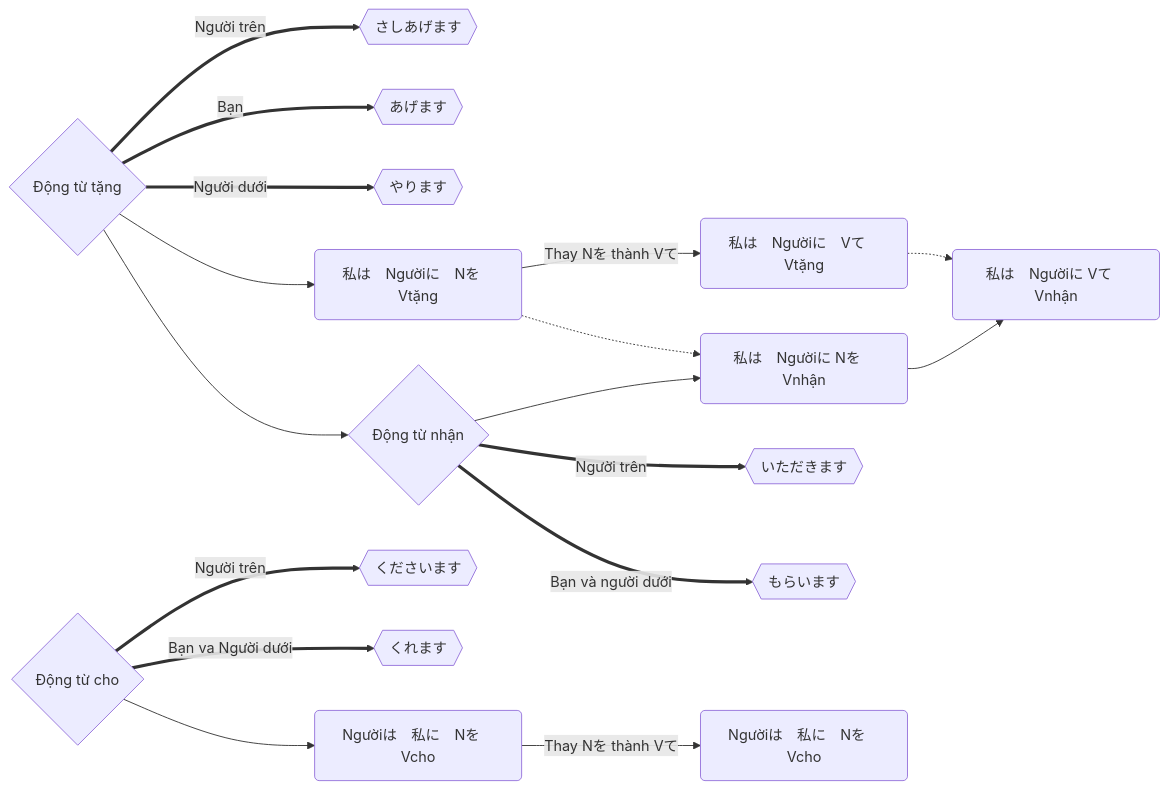
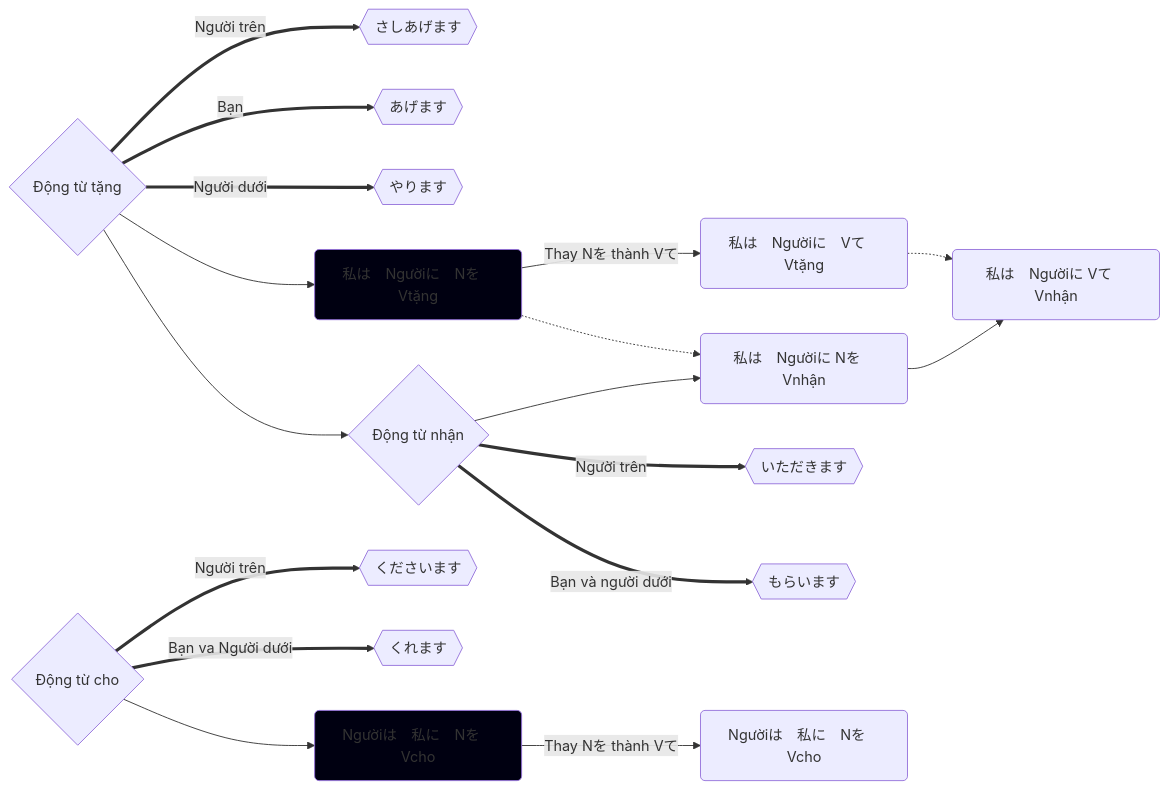
The diagram in Dong_Tu_Cho_Tang.md (tea1504/learn), drawn with Mermaid before and after one commit. The commit also changed 18 other files, not shown here.

````diff
--- a/Dong_Tu_Cho_Tang.md
+++ b/Dong_Tu_Cho_Tang.md
@@ -1,25 +1,28 @@
 ```mermaid
 graph LR;
 	Vt{Động từ tặng}
 	Vc{Động từ cho}
 
 	Vt==>|Người trên|bieuT{{さしあげます}}
 	Vt==>|Bạn|tangT{{あげます}}
 	Vt==>|Người dưới|choT{{やります}}
 
 	Vc==>|Người trên|bieuN{{くださいます}}
 	Vc==>|Bạn va Người dưới|tangN{{くれます}}
 
 	Vt-->npTang(私は　Ngườiに　Nを　Vtặng)
 	npTang-->|Thay Nを thành Vて|npTangVte(私は　Ngườiに　Vて　Vtặng)
 
 	Vc-->npCho(Ngườiは　私に　Nを　Vcho)
 	npCho-->|Thay Nを thành Vて|npChoVte(Ngườiは　私に　Nを　Vcho)
 
 	Vt-->Vn{Động từ nhận}
 	npTang-.->npNhan(私は　Ngườiに Nを　Vnhận)
 	Vn-->npNhan-->npNhanVte(私は　Ngườiに Vて　Vnhận)
 	npTangVte-.->npNhanVte(私は　Ngườiに Vて　Vnhận)
 	Vn==>|Người trên|nhan{{いただきます}}
 	Vn==>|Bạn và người dưới|nhan2{{もらいます}}
+
+	style npCho fill:#001
+	style npTang fill:#001
 ```
````
